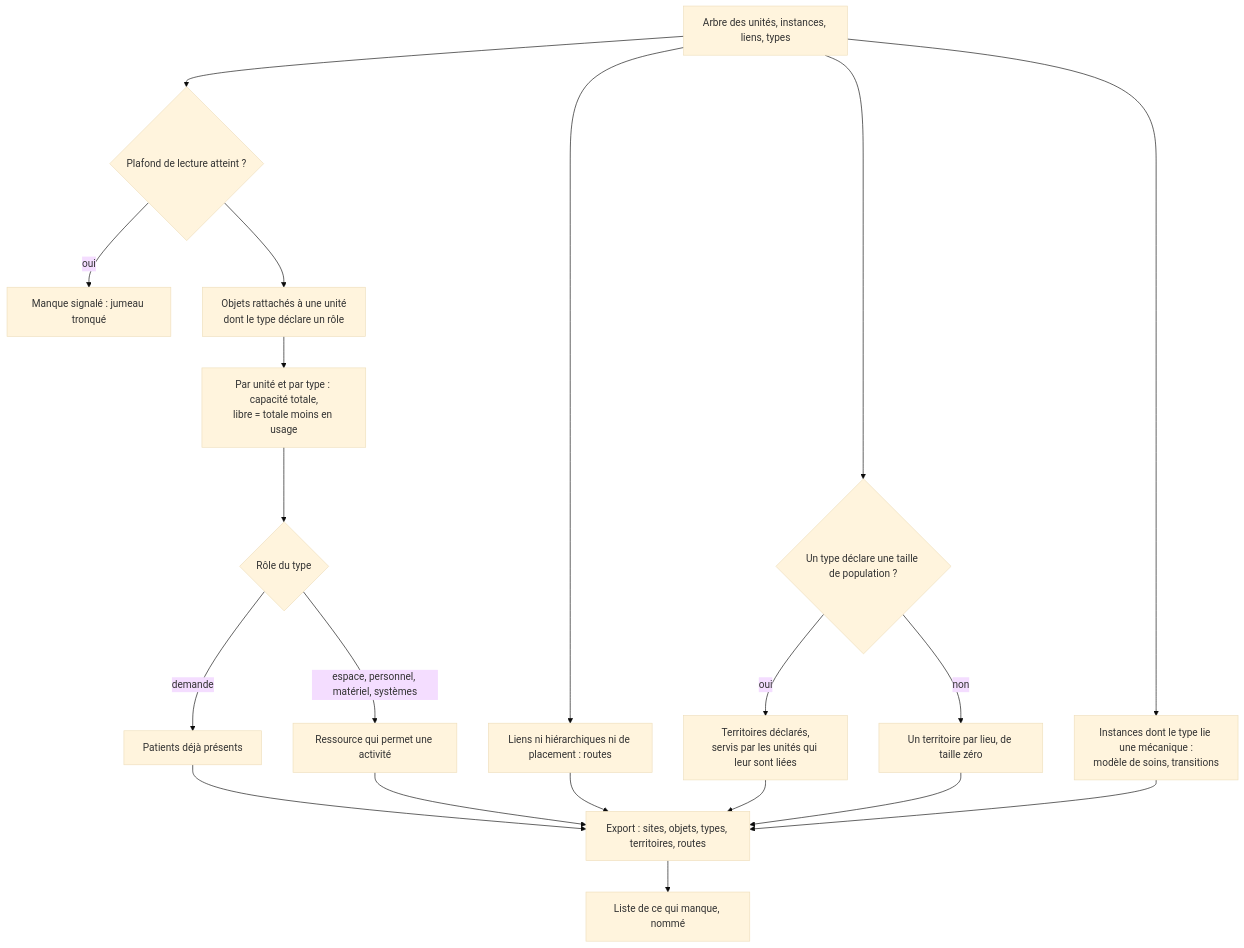
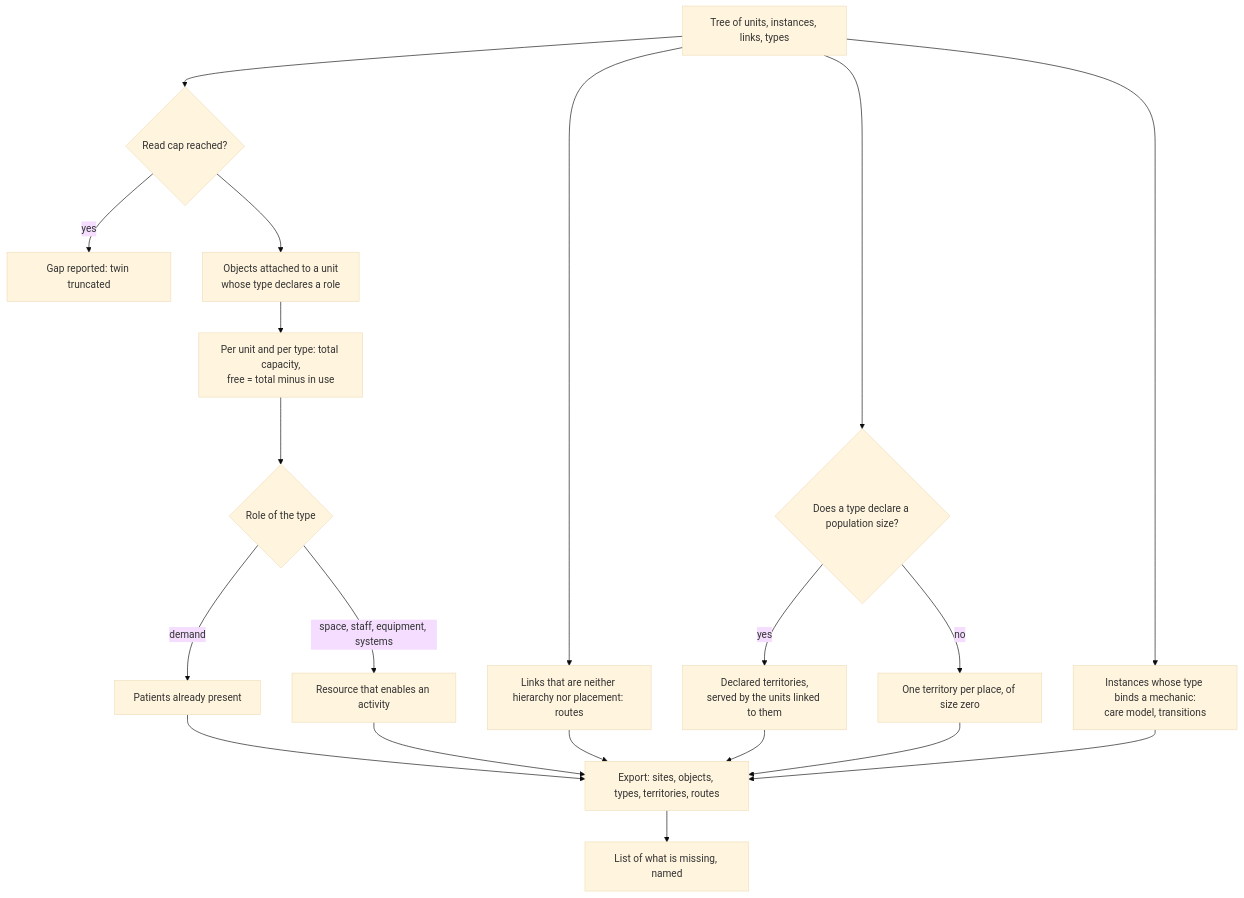
Diagram 12 of 30 in frontend/content/docs/product/algorithms.md (V1ktor7/obscyro), drawn with Mermaid (base theme) before and after one commit. The commit also changed other lines of this file and 15 other files, not shown here.

````diff
--- a/frontend/content/docs/product/algorithms.md
+++ b/frontend/content/docs/product/algorithms.md
@@ -454,22 +455,22 @@
 ```mermaid
 flowchart TD
-    A["Arbre des unités, instances, liens, types"] --> B{"Plafond de lecture atteint ?"}
-    B -->|"oui"| B1["Manque signalé : jumeau tronqué"]
-    B --> C["Objets rattachés à une unité<br/>dont le type déclare un rôle"]
-    C --> D["Par unité et par type : capacité totale,<br/>libre = totale moins en usage"]
-    D --> E{"Rôle du type"}
-    E -->|"demande"| F["Patients déjà présents"]
-    E -->|"espace, personnel, matériel, systèmes"| G["Ressource qui permet une activité"]
-    A --> H["Liens ni hiérarchiques ni de placement : routes"]
-    A --> I{"Un type déclare une taille de population ?"}
-    I -->|"oui"| J["Territoires déclarés,<br/>servis par les unités qui leur sont liées"]
-    I -->|"non"| K["Un territoire par lieu, de taille zéro"]
-    A --> L["Instances dont le type lie une mécanique :<br/>modèle de soins, transitions"]
-    F --> M["Export : sites, objets, types, territoires, routes"]
+    A["Tree of units, instances, links, types"] --> B{"Read cap reached?"}
+    B -->|"yes"| B1["Gap reported: twin truncated"]
+    B --> C["Objects attached to a unit<br/>whose type declares a role"]
+    C --> D["Per unit and per type: total capacity,<br/>free = total minus in use"]
+    D --> E{"Role of the type"}
+    E -->|"demand"| F["Patients already present"]
+    E -->|"space, staff, equipment, systems"| G["Resource that enables an activity"]
+    A --> H["Links that are neither hierarchy nor placement: routes"]
+    A --> I{"Does a type declare a population size?"}
+    I -->|"yes"| J["Declared territories,<br/>served by the units linked to them"]
+    I -->|"no"| K["One territory per place, of size zero"]
+    A --> L["Instances whose type binds a mechanic:<br/>care model, transitions"]
+    F --> M["Export: sites, objects, types, territories, routes"]
     G --> M
     H --> M
     J --> M
     K --> M
     L --> M
-    M --> N["Liste de ce qui manque, nommé"]
+    M --> N["List of what is missing, named"]
 ```
````
